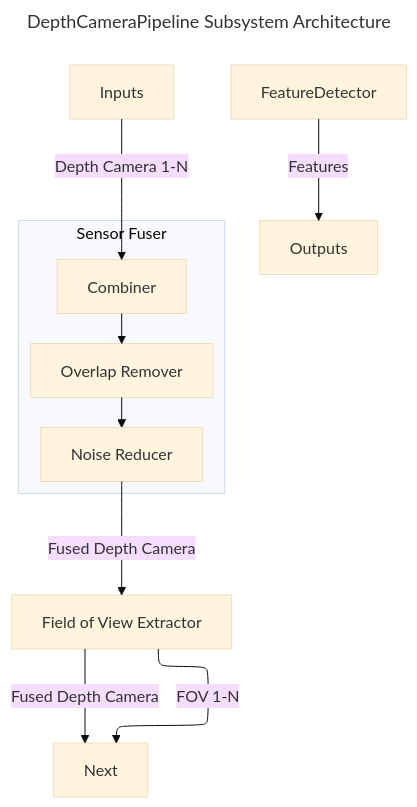
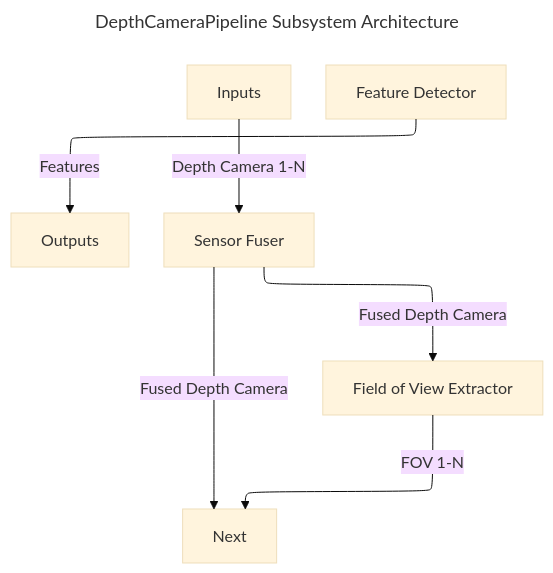
Before and after one commit to fastrobotics/robot_framework: the diagram in Systems/Perception/Subsystems/DepthCameraPipeline/doc/mermaid/DepthCameraPipelineSubsystemArchitecture.mmd, drawn with Mermaid. The commit also changed 111 other files, not shown here.

```diff
--- a/Systems/Perception/Subsystems/DepthCameraPipeline/doc/mermaid/DepthCameraPipelineSubsystemArchitecture.mmd
+++ b/Systems/Perception/Subsystems/DepthCameraPipeline/doc/mermaid/DepthCameraPipelineSubsystemArchitecture.mmd
@@ -1,58 +1,50 @@
 ---
 # @compare_tag Subsystem-MermaidArchitecture v0.1
 config:
   layout: elk
   theme: base
   themeCSS: |
     .node rect { fill: rgba(30, 30, 46, 0.16) !important; stroke: #000000 !important; }
     .label { fill: #000000 !important; }
 
     .cssBoundary rect { fill: #ffffff !important; stroke: #000000 !important; }
     .cssBoundary .label { fill: #000000 !important; }
 
     .cssInvestigating rect { fill: #ffff00 !important; stroke: #000000 !important; }
     .cssInvestigating .label { fill: #000000 !important; }
 
     .cssDeveloping rect { fill: #ffab00 !important; stroke: #000000 !important; }
     .cssDeveloping .label { fill: #000000 !important; }
 
     .cssTrivialComplete rect { fill: #ffc0cb !important; stroke: #000000 !important; }
     .cssTrivialComplete .label { fill: #000000 !important; }
 
     .cssMinimalComplete rect { fill: #00ff00 !important; stroke: #000000 !important; }
     .cssMinimalComplete .label { fill: #000000 !important; }
 
     .cssFullyComplete rect { fill: #00ffff !important; stroke: #000000 !important; }
     .cssFullyComplete .label { fill: #000000 !important; }
 
     .cssSkipped rect { fill: #ff0000 !important; stroke: #000000 !important; }
     .cssSkipped .label { fill: #000000 !important; }
 
 title: DepthCameraPipeline Subsystem Architecture
 ---
 flowchart TD
     Inputs
     Outputs
-    
-    subgraph SensorFuser [Sensor Fuser]
-        Combiner
-        OverlapRemover[Overlap Remover]
-        NoiseReducer[Noise Reducer]
-        Combiner --> OverlapRemover
-        OverlapRemover --> NoiseReducer
-        
+    SensorFuser[Sensor Fuser]
+    FOVExtractor[Field of View Extractor]
+    Next
 
-    end
-    FOVExtractor[Field of View Extractor]
-   
-    Next
-    FeatureDetector
-    Inputs --> | Depth Camera 1-N| Combiner
+    FeatureDetector[Feature Detector]
+    Inputs --> | Depth Camera 1-N| SensorFuser
 
-    NoiseReducer --> | Fused Depth Camera | FOVExtractor
+    SensorFuser --> | Fused Depth Camera | FOVExtractor
     FOVExtractor --> | FOV 1-N| Next
-    FOVExtractor --> | Fused Depth Camera | Next
+    SensorFuser --> | Fused Depth Camera | Next
 
     FeatureDetector --> | Features | Outputs
 
     class Inputs,Outputs cssBoundary
+    class SensorFuser,FOVExtractor,FeatureDetector cssInvestigating
```
